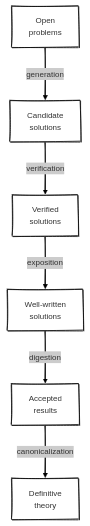
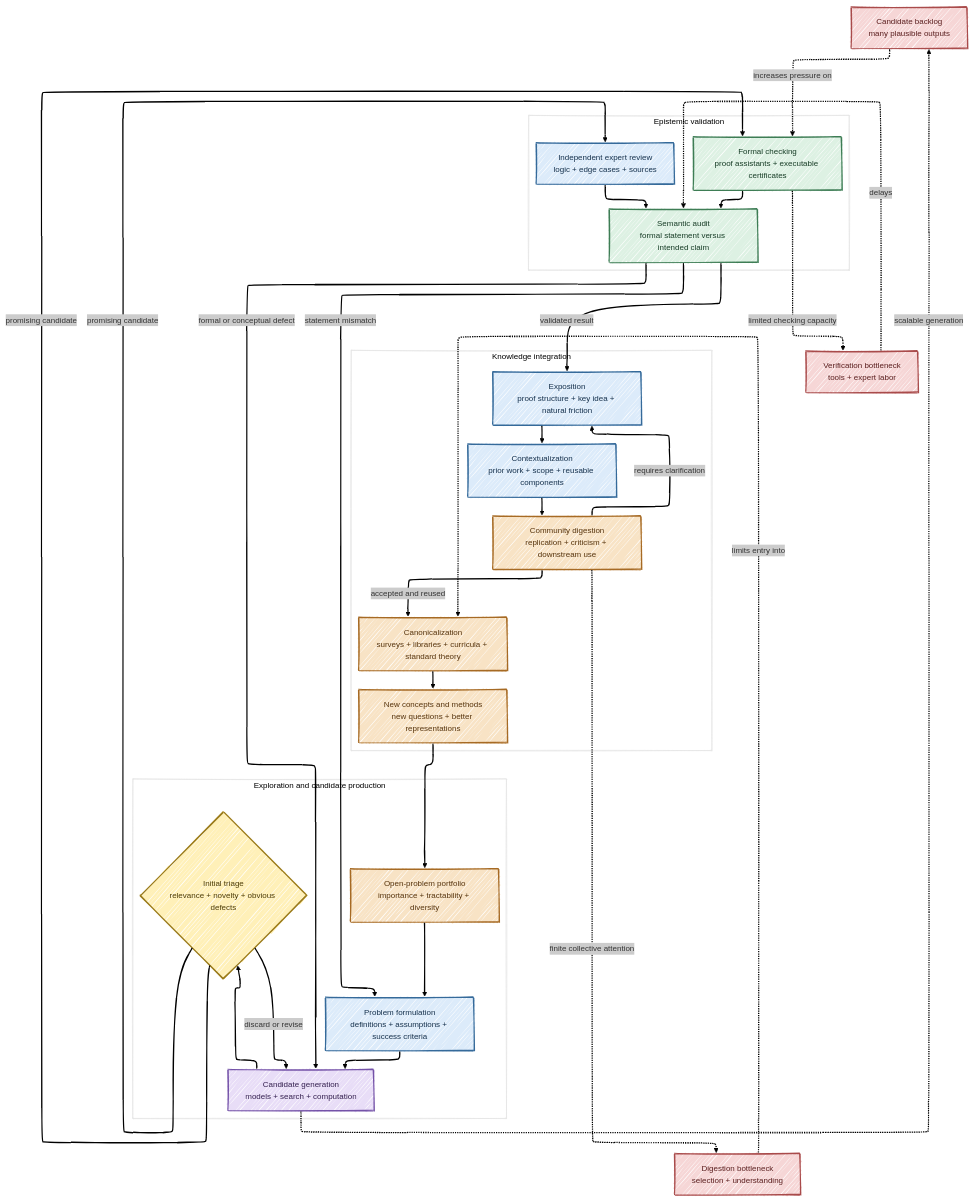
The first of 2 diagrams in posts/proof-abundance-and-the-new-practice-of-mathematics/index.qmd (antomon/antomon.github.io), drawn with Mermaid before and after one commit. The commit also changed other lines of this file and 7 other files, not shown here.

````diff
--- a/posts/proof-abundance-and-the-new-practice-of-mathematics/index.qmd
+++ b/posts/proof-abundance-and-the-new-practice-of-mathematics/index.qmd
@@ -108,13 +108,74 @@
 ```{mermaid}
 %%| label: fig-proof-abundance-and-the-new-practice-of-mathematics-proof-pipeline
-%%| fig-cap: "Mathematical progress as a pipeline in which faster proof generation does not remove downstream constraints."
-%%| fig-alt: "A left-to-right flow diagram begins with open problems and passes through candidate solutions, verified solutions, well-written solutions, accepted results, and definitive theory. The transitions are labelled generation, verification, exposition, digestion, and canonicalization."
+%%| fig-cap: "Mathematical progress as a feedback system. Blue nodes represent human experts; violet nodes represent AI, search, and computation; green nodes represent formal verification systems; orange nodes represent mathematical communities and institutions; yellow nodes represent joint human–machine decisions; and red nodes identify capacity bottlenecks."
+%%| fig-alt: "Top-down flow diagram with actor-specific colors. Community and institutional nodes in orange define an open-problem portfolio and later digest and canonicalize results. Human experts in blue formulate problems, conduct independent review, write expositions, and contextualize results. AI, search, and computation in violet generate candidate solutions. Formal systems in green check proofs and audit whether formal statements match intended claims. Yellow decision nodes perform initial triage. Red side nodes show candidate, verification, and digestion bottlenecks. Feedback arrows return failed candidates to generation or problem formulation and return canonical theory to the open-problem portfolio."
 %%| fig-align: center
 %%{init: {"theme": "neo", "look": "handDrawn", "layout": "elk"}}%%
 flowchart TD
-    A[Open<br/>problems] -->|generation| B[Candidate<br/>solutions]
-    B -->|verification| C[Verified<br/>solutions]
-    C -->|exposition| D[Well-written<br/>solutions]
-    D -->|digestion| E[Accepted<br/>results]
-    E -->|canonicalization| F[Definitive<br/>theory]
+
+    subgraph EX[Exploration and candidate production]
+        A[Open-problem portfolio<br/>importance + tractability + diversity]
+        B[Problem formulation<br/>definitions + assumptions + success criteria]
+        C[Candidate generation<br/>models + search + computation]
+        D{Initial triage<br/>relevance + novelty + obvious defects}
+
+        A --> B
+        B --> C
+        C --> D
+        D -->|discard or revise| C
+    end
+
+    subgraph EV[Epistemic validation]
+        E[Formal checking<br/>proof assistants + executable certificates]
+        F[Independent expert review<br/>logic + edge cases + sources]
+        G[Semantic audit<br/>formal statement versus intended claim]
+
+        E --> G
+        F --> G
+    end
+
+    subgraph KI[Knowledge integration]
+        H[Exposition<br/>proof structure + key idea + natural friction]
+        I[Contextualization<br/>prior work + scope + reusable components]
+        J[Community digestion<br/>replication + criticism + downstream use]
+        K[Canonicalization<br/>surveys + libraries + curricula + standard theory]
+        L[New concepts and methods<br/>new questions + better representations]
+
+        H --> I
+        I --> J
+        J -->|accepted and reused| K
+        J -->|requires clarification| H
+        K --> L
+    end
+
+    D -->|promising candidate| E
+    D -->|promising candidate| F
+
+    G -->|formal or conceptual defect| C
+    G -->|statement mismatch| B
+    G -->|validated result| H
+
+    L --> A
+
+    C -. scalable generation .-> Q1[Candidate backlog<br/>many plausible outputs]
+    E -. limited checking capacity .-> Q2[Verification bottleneck<br/>tools + expert labor]
+    J -. finite collective attention .-> Q3[Digestion bottleneck<br/>selection + understanding]
+
+    Q1 -. increases pressure on .-> E
+    Q2 -. delays .-> G
+    Q3 -. limits entry into .-> K
+
+    classDef human fill:#DCEBFA,stroke:#356A9A,color:#17324D,stroke-width:2px;
+    classDef ai fill:#E8DDF7,stroke:#7452A8,color:#34204F,stroke-width:2px;
+    classDef formal fill:#DDF1E3,stroke:#3E7D55,color:#183D27,stroke-width:2px;
+    classDef community fill:#F8E3C5,stroke:#A66A24,color:#57350F,stroke-width:2px;
+    classDef joint fill:#FFF0B8,stroke:#9A7A19,color:#4D3C08,stroke-width:2px;
+    classDef bottleneck fill:#F6D6D6,stroke:#A94B4B,color:#5B2020,stroke-width:2px;
+
+    class B,F,H,I human;
+    class C ai;
+    class E,G formal;
+    class A,J,K,L community;
+    class D joint;
+    class Q1,Q2,Q3 bottleneck;
 ```
````
